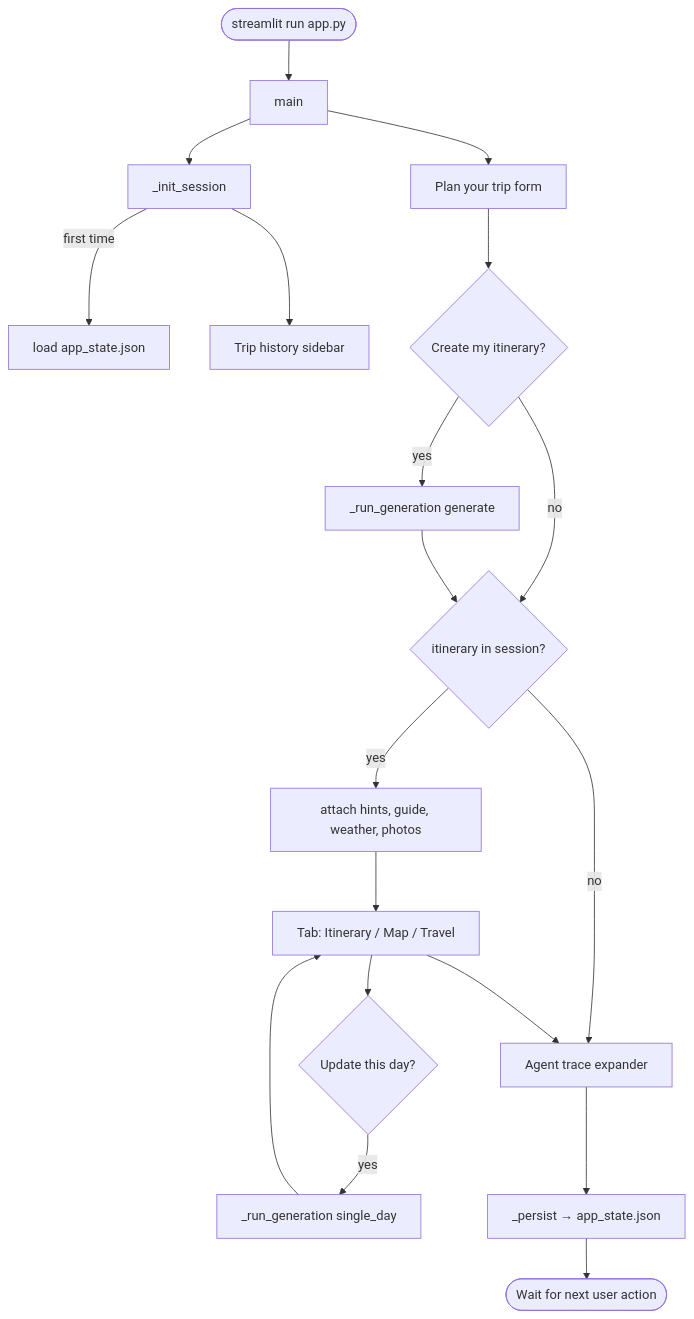
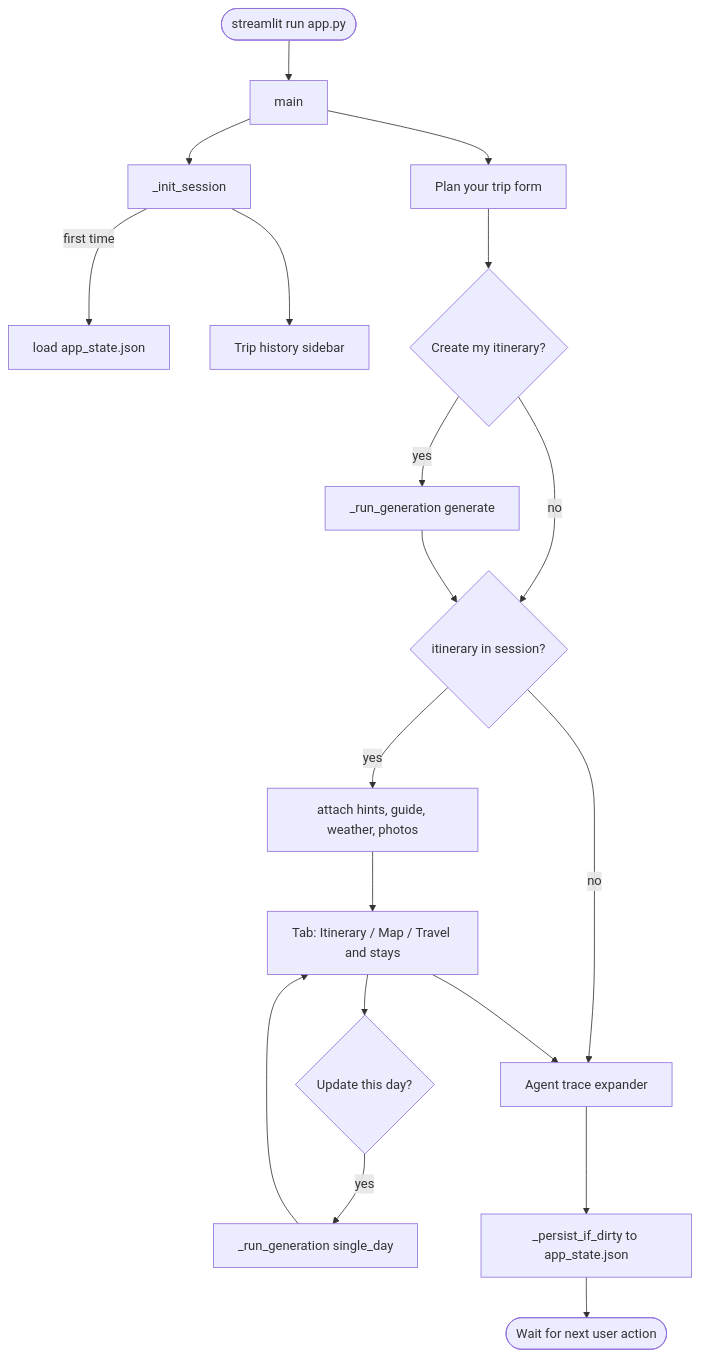
The third of 19 diagrams in info.md (guptaastha1427/Trip-Planner), drawn with Mermaid before and after one commit. The commit also changed other lines of this file and 4 other files, not shown here.

````diff
--- a/info.md
+++ b/info.md
@@ -215,21 +216,21 @@
 ```mermaid
 flowchart TD
   Start([streamlit run app.py]) --> Main[main]
   Main --> Init[_init_session]
   Init -->|first time| LoadDisk[load app_state.json]
   Init --> Sidebar[Trip history sidebar]
   Main --> Form[Plan your trip form]
   Form --> Btn{Create my itinerary?}
   Btn -->|yes| Gen[_run_generation generate]
   Btn -->|no| HasItin{itinerary in session?}
   Gen --> HasItin
   HasItin -->|yes| Enrich[attach hints, guide, weather, photos]
-  Enrich --> Tabs[Tab: Itinerary / Map / Travel]
+  Enrich --> Tabs[Tab: Itinerary / Map / Travel and stays]
   Tabs --> Single{Update this day?}
   Single -->|yes| DayGen[_run_generation single_day]
   DayGen --> Tabs
   HasItin -->|no| Trace[Agent trace expander]
   Tabs --> Trace
-  Trace --> Persist[_persist → app_state.json]
+  Trace --> Persist[_persist_if_dirty to app_state.json]
   Persist --> End([Wait for next user action])
 ```
````
